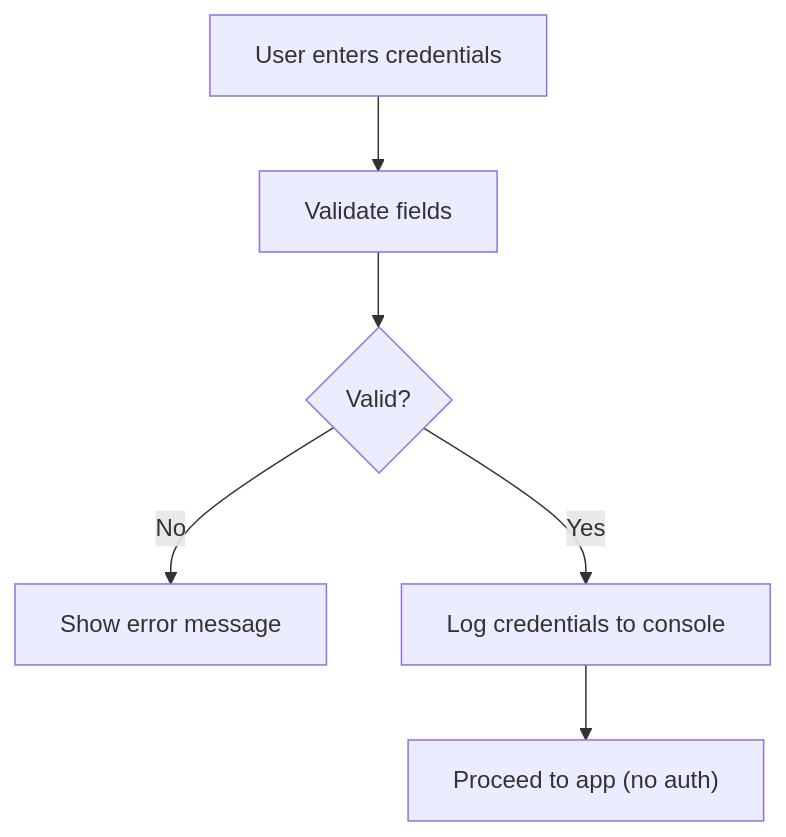
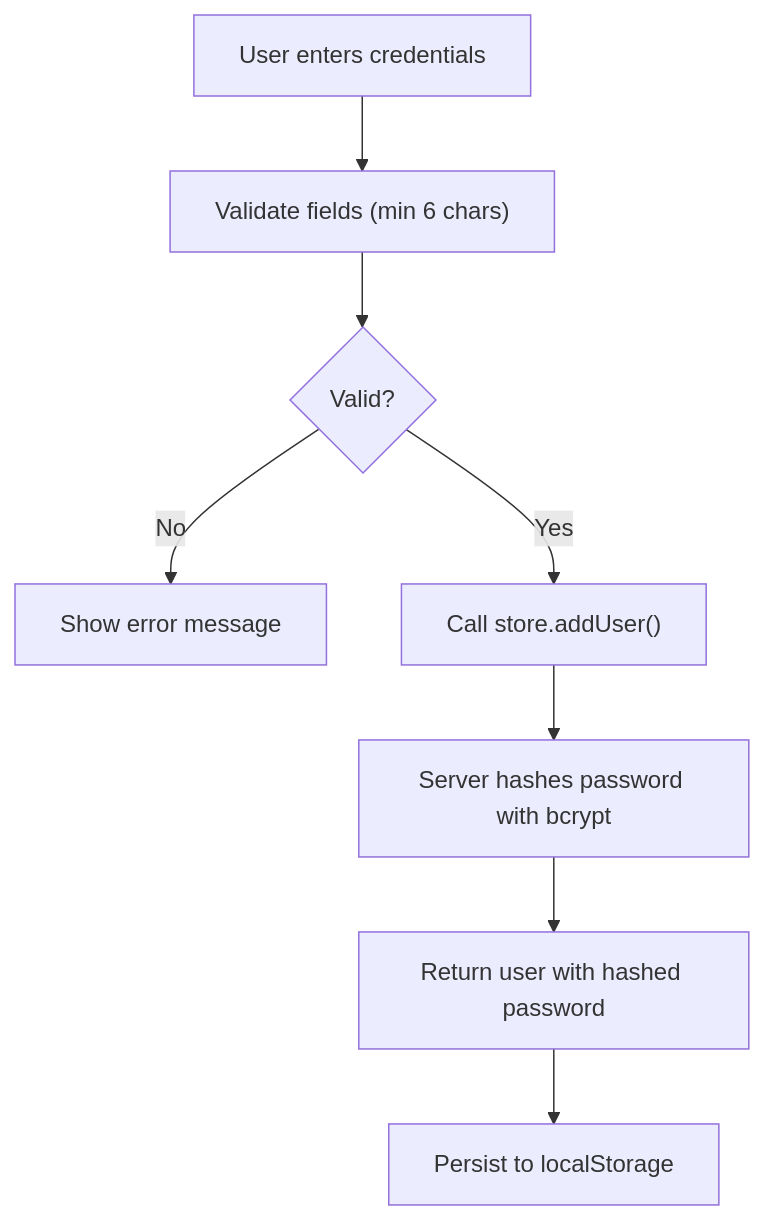
The seventh of 8 diagrams in .qoder/repowiki/en/content/Backend API Server/Authentication & Authorization.md (xinyo/startora), drawn with Mermaid before and after one commit. The commit also changed other lines of this file and 19 other files, not shown here.

````diff
--- a/.qoder/repowiki/en/content/Backend API Server/Authentication & Authorization.md
+++ b/.qoder/repowiki/en/content/Backend API Server/Authentication & Authorization.md
@@ -306,8 +289,10 @@
 ```mermaid
 flowchart TD
-Enter["User enters credentials"] --> Validate["Validate fields"]
+Enter["User enters credentials"] --> Validate["Validate fields (min 6 chars)"]
 Validate --> Valid{"Valid?"}
 Valid --> |No| ShowErr["Show error message"]
-Valid --> |Yes| Log["Log credentials to console"]
-Log --> Next["Proceed to app (no auth)"]
+Valid --> |Yes| CreateUser["Call store.addUser()"]
+CreateUser --> Server["Server hashes password with bcrypt"]
+Server --> Success["Return user with hashed password"]
+Success --> Persist["Persist to localStorage"]
 ```
````
